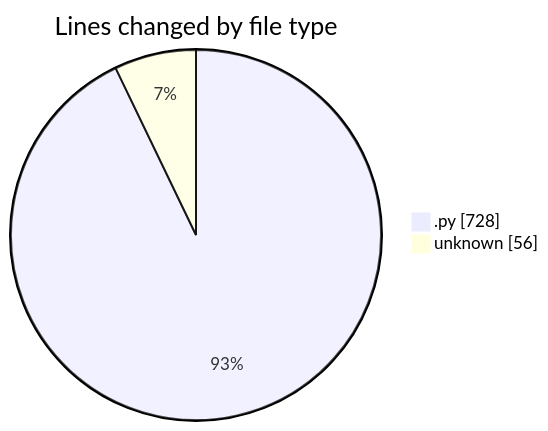
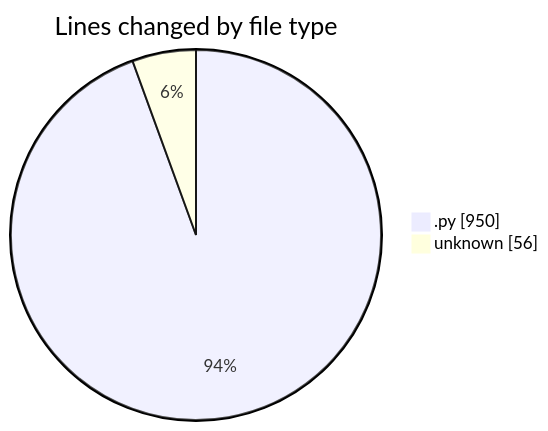
The first of 2 diagrams in 2025-03-17/myws__workspace_/README.md (MatusMokan/code-tracking), drawn with Mermaid before and after one commit. The commit also changed other lines of this file and 1 other file, not shown here.

````diff
--- a/2025-03-17/myws__workspace_/README.md
+++ b/2025-03-17/myws__workspace_/README.md
@@ -23,6 +24,6 @@
 ```mermaid
 pie showData
 title Lines changed by file type
-".py" : 728
+".py" : 950
 "unknown" : 56
 ```
````
